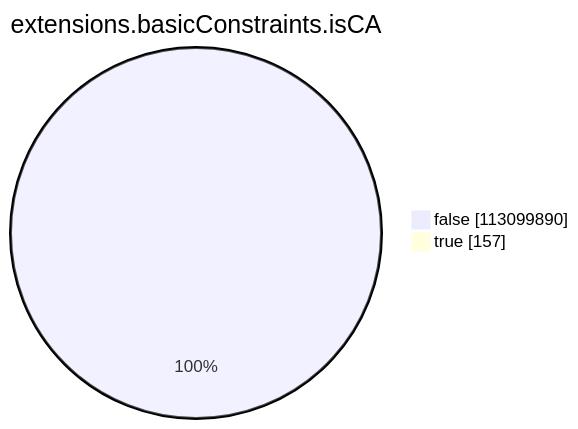
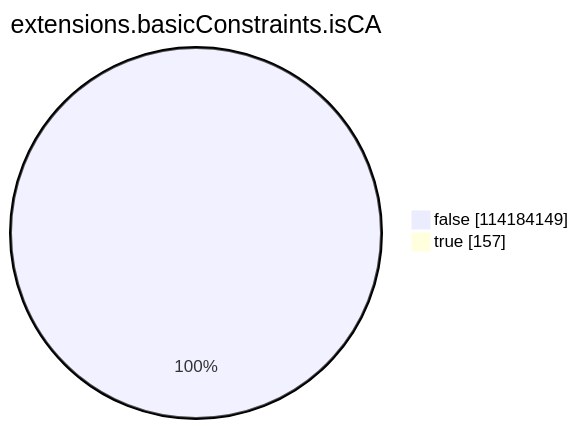
One commit to christiankrug/ctmonitor_visualization changed the seventh of 15 diagrams in argon2023/README.md. Above: the diagram before and after it, drawn with Mermaid. The commit also changed other lines of this file, not shown here.

````diff
--- a/argon2023/README.md
+++ b/argon2023/README.md
@@ -2141,6 +2143,6 @@
 ```mermaid
 pie showData
 title extensions.basicConstraints.isCA
-"false" :113099890
+"false" :114184149
 "true" :157
 ```
````
